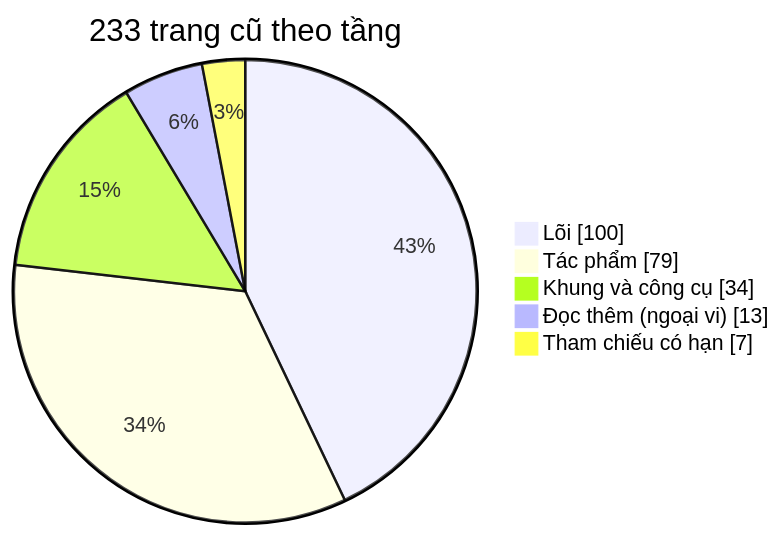
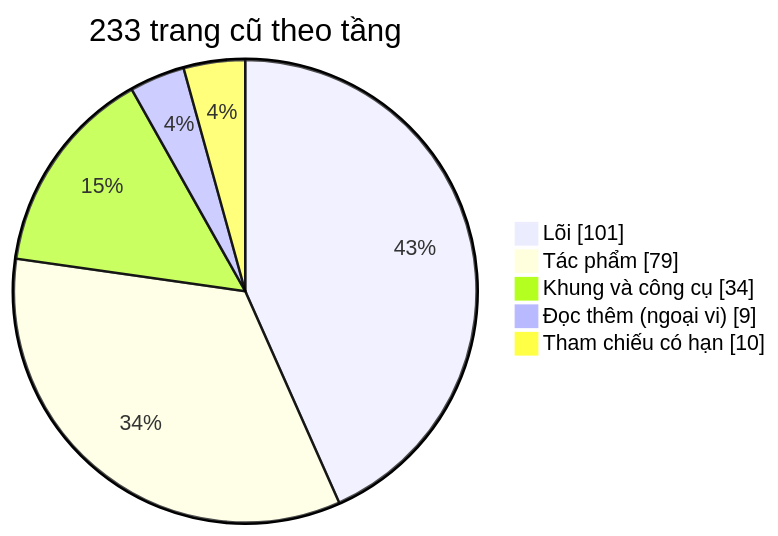
One commit to mtuann/opus changed the sixth of 6 diagrams in plans/lam-lai/so-do.md. Above: the diagram before and after it, drawn with Mermaid. The commit also changed other lines of this file and 10 other files, not shown here.

First line of the commit message:
Duyệt bảng tầng trước đợt 2: 5 trang đổi tầng (opera, dàn nhạc thành Lõi; đương đại, Việt Nam, nghe mù thành Tham chiếu có hạn)

````diff
--- a/plans/lam-lai/so-do.md
+++ b/plans/lam-lai/so-do.md
@@ -82,8 +82,8 @@
 ```mermaid
 pie showData title 233 trang cũ theo tầng
-  "Lõi" : 100
+  "Lõi" : 101
   "Tác phẩm" : 79
   "Khung và công cụ" : 34
-  "Đọc thêm (ngoại vi)" : 13
-  "Tham chiếu có hạn" : 7
+  "Đọc thêm (ngoại vi)" : 9
+  "Tham chiếu có hạn" : 10
 ```
````
